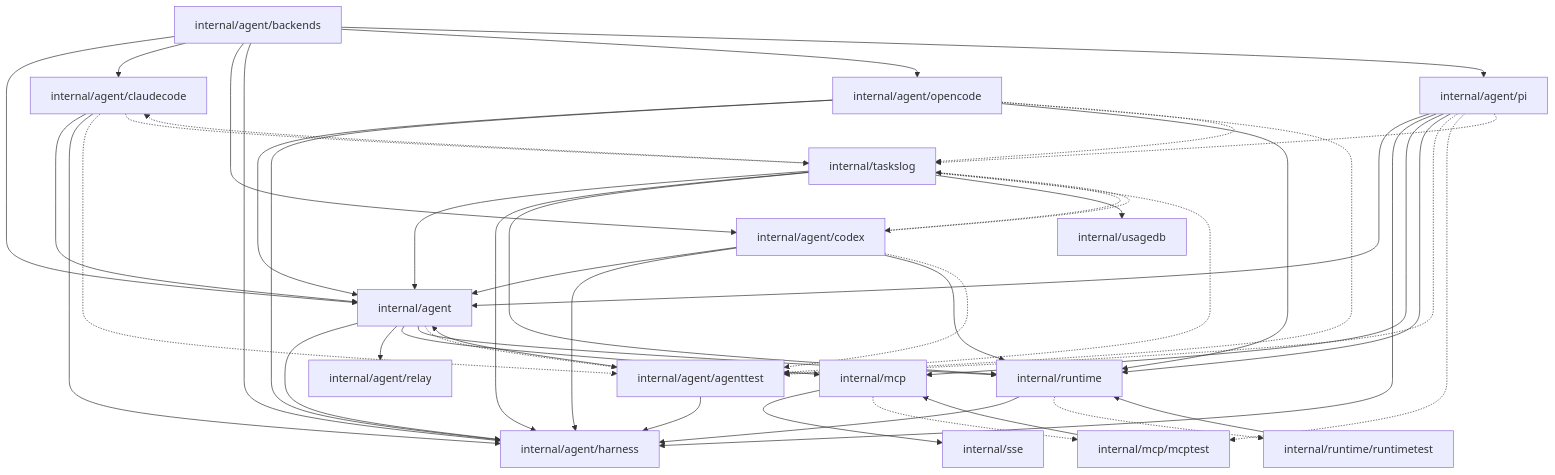
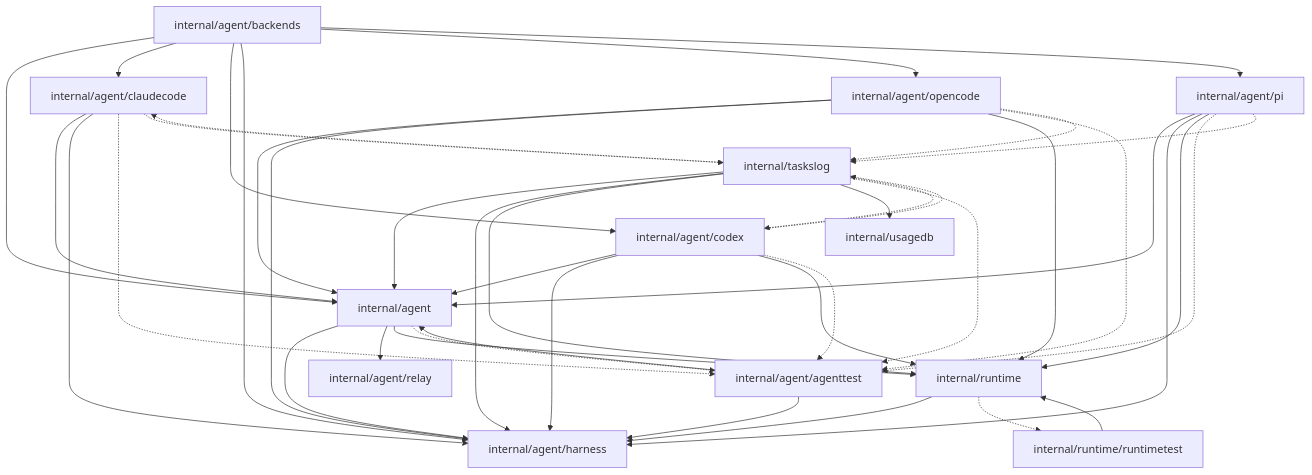
One commit to caic-xyz/caic changed the second of 3 diagrams in backend/docs/ARCHITECTURE.md. Above: the diagram before and after it, drawn with Mermaid. The commit also changed other lines of this file and 366 other files, not shown here.

````diff
--- a/backend/docs/ARCHITECTURE.md
+++ b/backend/docs/ARCHITECTURE.md
@@ -238,67 +223,58 @@
 ```mermaid
 graph TD
   pkg_internal_agent["internal/agent"]
   pkg_internal_agent_agenttest["internal/agent/agenttest"]
   pkg_internal_agent_backends["internal/agent/backends"]
   pkg_internal_agent_claudecode["internal/agent/claudecode"]
   pkg_internal_agent_codex["internal/agent/codex"]
   pkg_internal_agent_harness["internal/agent/harness"]
   pkg_internal_agent_opencode["internal/agent/opencode"]
   pkg_internal_agent_pi["internal/agent/pi"]
   pkg_internal_agent_relay["internal/agent/relay"]
-  pkg_internal_mcp["internal/mcp"]
-  pkg_internal_mcp_mcptest["internal/mcp/mcptest"]
   pkg_internal_runtime["internal/runtime"]
   pkg_internal_runtime_runtimetest["internal/runtime/runtimetest"]
-  pkg_internal_sse["internal/sse"]
   pkg_internal_taskslog["internal/taskslog"]
   pkg_internal_usagedb["internal/usagedb"]
 
   pkg_internal_agent --> pkg_internal_agent_harness
   pkg_internal_agent --> pkg_internal_agent_relay
-  pkg_internal_agent --> pkg_internal_mcp
   pkg_internal_agent --> pkg_internal_runtime
   pkg_internal_agent -.-> pkg_internal_agent_agenttest
   pkg_internal_agent_agenttest --> pkg_internal_agent
   pkg_internal_agent_agenttest --> pkg_internal_agent_harness
   pkg_internal_agent_backends --> pkg_internal_agent
   pkg_internal_agent_backends --> pkg_internal_agent_claudecode
   pkg_internal_agent_backends --> pkg_internal_agent_codex
   pkg_internal_agent_backends --> pkg_internal_agent_harness
   pkg_internal_agent_backends --> pkg_internal_agent_opencode
   pkg_internal_agent_backends --> pkg_internal_agent_pi
   pkg_internal_agent_claudecode --> pkg_internal_agent
   pkg_internal_agent_claudecode --> pkg_internal_agent_harness
   pkg_internal_agent_claudecode -.-> pkg_internal_agent_agenttest
   pkg_internal_agent_claudecode -.-> pkg_internal_taskslog
   pkg_internal_agent_codex --> pkg_internal_agent
   pkg_internal_agent_codex --> pkg_internal_agent_harness
   pkg_internal_agent_codex --> pkg_internal_runtime
   pkg_internal_agent_codex -.-> pkg_internal_agent_agenttest
   pkg_internal_agent_codex -.-> pkg_internal_taskslog
   pkg_internal_agent_opencode --> pkg_internal_agent
   pkg_internal_agent_opencode --> pkg_internal_agent_harness
   pkg_internal_agent_opencode --> pkg_internal_runtime
   pkg_internal_agent_opencode -.-> pkg_internal_agent_agenttest
   pkg_internal_agent_opencode -.-> pkg_internal_taskslog
   pkg_internal_agent_pi --> pkg_internal_agent
   pkg_internal_agent_pi --> pkg_internal_agent_harness
-  pkg_internal_agent_pi --> pkg_internal_mcp
   pkg_internal_agent_pi --> pkg_internal_runtime
   pkg_internal_agent_pi -.-> pkg_internal_agent_agenttest
-  pkg_internal_agent_pi -.-> pkg_internal_mcp_mcptest
   pkg_internal_agent_pi -.-> pkg_internal_taskslog
-  pkg_internal_mcp --> pkg_internal_sse
-  pkg_internal_mcp -.-> pkg_internal_mcp_mcptest
-  pkg_internal_mcp_mcptest --> pkg_internal_mcp
   pkg_internal_runtime --> pkg_internal_agent_harness
   pkg_internal_runtime -.-> pkg_internal_runtime_runtimetest
   pkg_internal_runtime_runtimetest --> pkg_internal_runtime
   pkg_internal_taskslog --> pkg_internal_agent
   pkg_internal_taskslog --> pkg_internal_agent_harness
   pkg_internal_taskslog --> pkg_internal_runtime
   pkg_internal_taskslog --> pkg_internal_usagedb
   pkg_internal_taskslog -.-> pkg_internal_agent_agenttest
   pkg_internal_taskslog -.-> pkg_internal_agent_claudecode
   pkg_internal_taskslog -.-> pkg_internal_agent_codex
 ```
````
